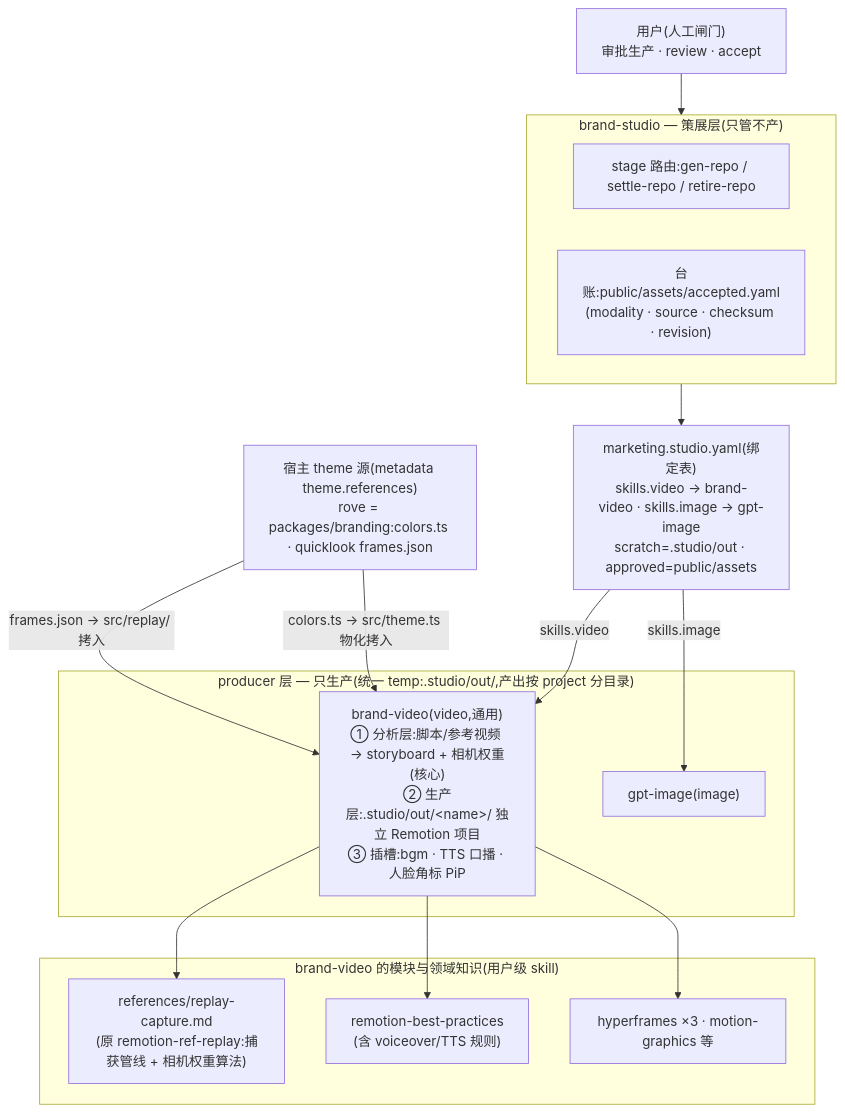
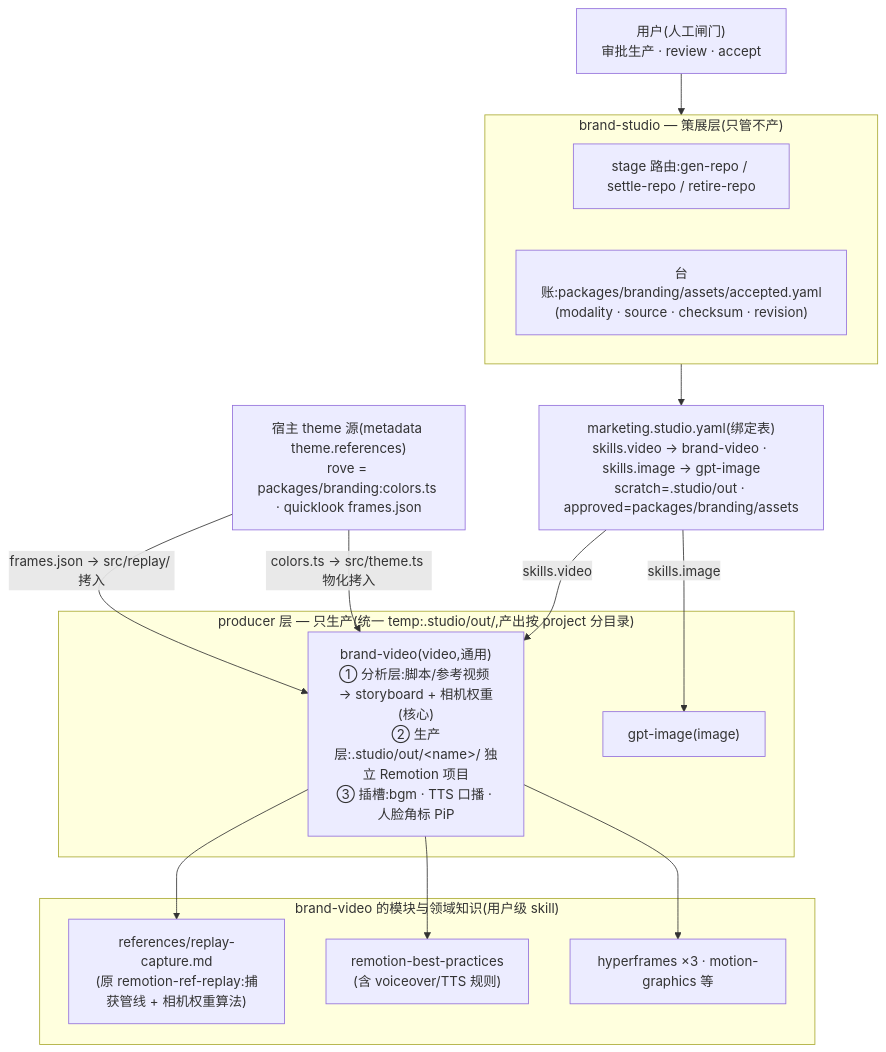
One commit to Sma1lboy/rove changed the first of 2 diagrams in docs/design/brand-studio.md. Above: the diagram before and after it, drawn with Mermaid. The commit also changed other lines of this file and 30 other files, not shown here.

First line of the commit message:
chore: brand data moves into packages/branding

````diff
--- a/docs/design/brand-studio.md
+++ b/docs/design/brand-studio.md
@@ -26,32 +26,32 @@
 ```mermaid
 flowchart TB
   user["用户(人工闸门)<br/>审批生产 · review · accept"]
 
   subgraph studio["brand-studio — 策展层(只管不产)"]
     stages["stage 路由:gen-repo / settle-repo / retire-repo"]
-    ledger["台账:public/assets/accepted.yaml<br/>(modality · source · checksum · revision)"]
+    ledger["台账:packages/branding/assets/accepted.yaml<br/>(modality · source · checksum · revision)"]
   end
 
-  meta["marketing.studio.yaml(绑定表)<br/>skills.video → brand-video · skills.image → gpt-image<br/>scratch=.studio/out · approved=public/assets"]
+  meta["marketing.studio.yaml(绑定表)<br/>skills.video → brand-video · skills.image → gpt-image<br/>scratch=.studio/out · approved=packages/branding/assets"]
 
   subgraph producers["producer 层 — 只生产(统一 temp:.studio/out/,产出按 project 分目录)"]
     bv["brand-video(video,通用)<br/>① 分析层:脚本/参考视频 → storyboard + 相机权重(核心)<br/>② 生产层:.studio/out/&lt;name&gt;/ 独立 Remotion 项目<br/>③ 插槽:bgm · TTS 口播 · 人脸角标 PiP"]
     gi["gpt-image(image)"]
   end
 
   subgraph modules["brand-video 的模块与领域知识(用户级 skill)"]
     rc["references/replay-capture.md<br/>(原 remotion-ref-replay:捕获管线 + 相机权重算法)"]
     rbp["remotion-best-practices<br/>(含 voiceover/TTS 规则)"]
     hf["hyperframes ×3 · motion-graphics 等"]
   end
 
   branding["宿主 theme 源(metadata theme.references)<br/>rove = packages/branding:colors.ts · quicklook frames.json"]
 
   user --> studio
   studio --> meta
   meta -->|"skills.video"| bv
   meta -->|"skills.image"| gi
   bv --> rc & rbp & hf
   branding -->|"colors.ts → src/theme.ts 物化拷入"| bv
   branding -->|"frames.json → src/replay/ 拷入"| bv
 ```
````
